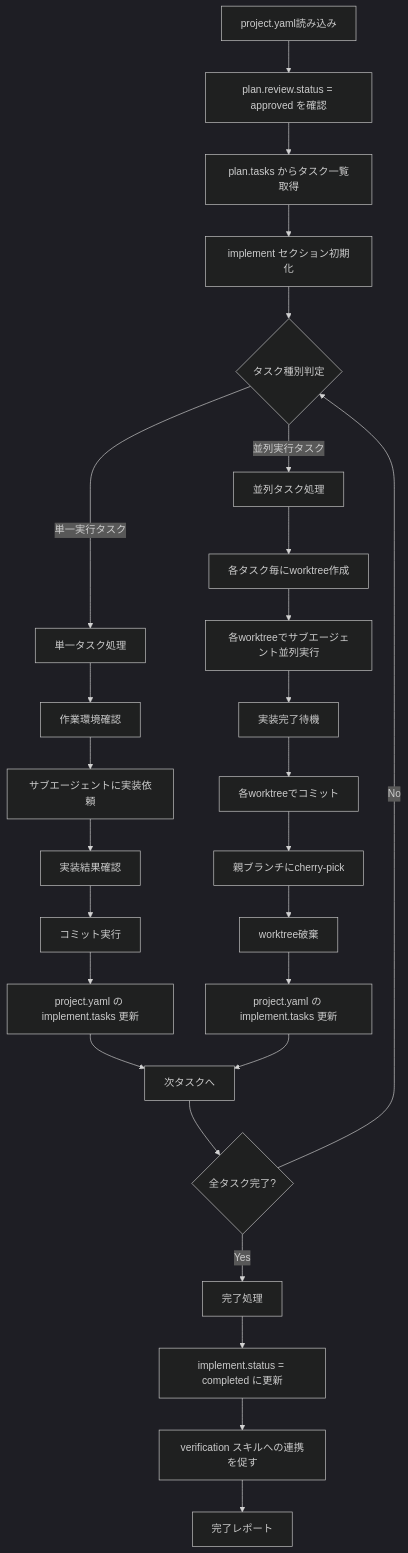
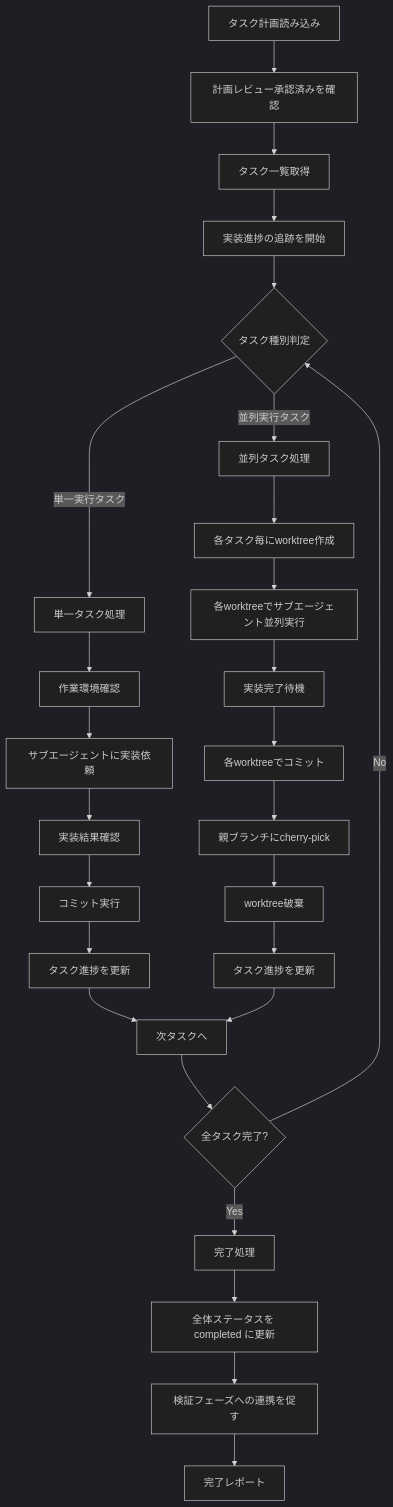
One commit to NagasakaH/dev-process changed the diagram in .claude/skills/implement/SKILL.md. Above: the diagram before and after it, drawn with Mermaid (dark theme). The commit also changed other lines of this file and 30 other files, not shown here.

````diff
--- a/.claude/skills/implement/SKILL.md
+++ b/.claude/skills/implement/SKILL.md
@@ -105,32 +84,32 @@
 ```mermaid
 flowchart TD
-    A[project.yaml読み込み] --> B[plan.review.status = approved を確認]
-    B --> C[plan.tasks からタスク一覧取得]
-    C --> D[implement セクション初期化]
+    A[タスク計画読み込み] --> B[計画レビュー承認済みを確認]
+    B --> C[タスク一覧取得]
+    C --> D[実装進捗の追跡を開始]
     D --> E{タスク種別判定}
     
     E -->|単一実行タスク| F[単一タスク処理]
     F --> F1[作業環境確認]
     F1 --> F2[サブエージェントに実装依頼]
     F2 --> F3[実装結果確認]
     F3 --> F4[コミット実行]
-    F4 --> F5[project.yaml の implement.tasks 更新]
+    F4 --> F5[タスク進捗を更新]
     F5 --> G[次タスクへ]
     
     E -->|並列実行タスク| H[並列タスク処理]
     H --> H1[各タスク毎にworktree作成]
     H1 --> H2[各worktreeでサブエージェント並列実行]
     H2 --> H3[実装完了待機]
     H3 --> H4[各worktreeでコミット]
     H4 --> H5[親ブランチにcherry-pick]
     H5 --> H6[worktree破棄]
-    H6 --> H7[project.yaml の implement.tasks 更新]
+    H6 --> H7[タスク進捗を更新]
     H7 --> G
     
     G --> I{全タスク完了?}
     I -->|No| E
     I -->|Yes| J[完了処理]
-    J --> K[implement.status = completed に更新]
-    K --> L[verification スキルへの連携を促す]
+    J --> K[全体ステータスを completed に更新]
+    K --> L[検証フェーズへの連携を促す]
     L --> M[完了レポート]
 ```
````
